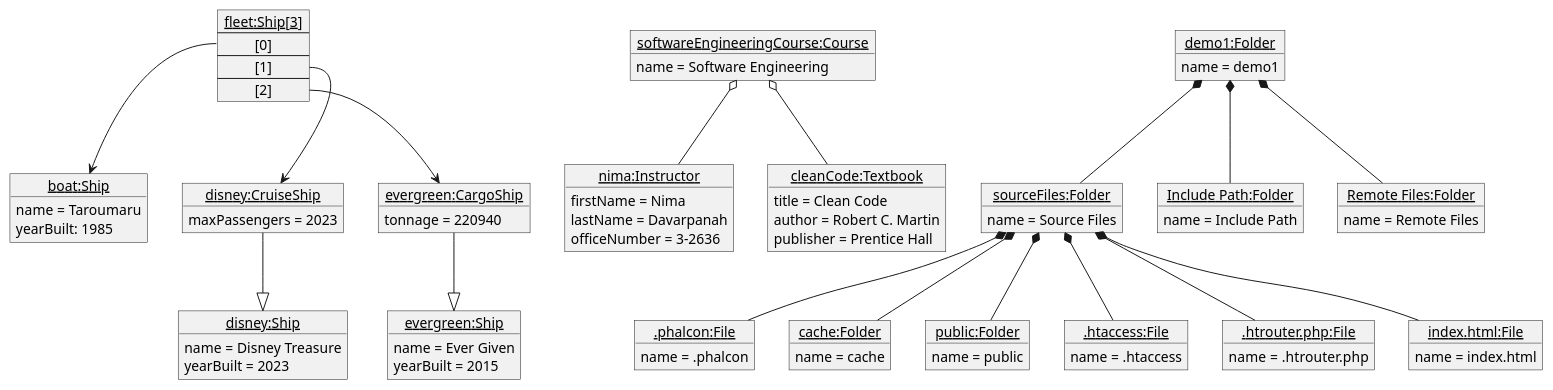
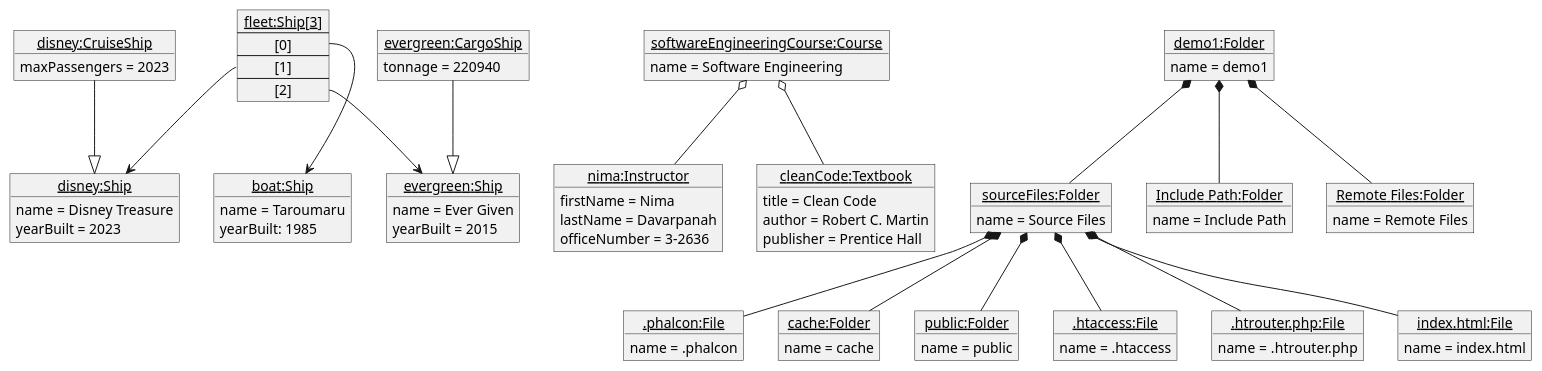
The diagram in src/Homework_3/HW3_Object_Diagrams.puml (Lex-ari/CS4800-Projects), drawn with PlantUML before and after one commit. The commit also changed 1 other file, not shown here.

```diff
--- a/src/Homework_3/HW3_Object_Diagrams.puml
+++ b/src/Homework_3/HW3_Object_Diagrams.puml
@@ -1,96 +1,96 @@
 @startuml
 'https://plantuml.com/object-diagram
 
 object "<u>boat:Ship</u>" as taroumaru{
 name = Taroumaru
 yearBuilt: 1985
 }
 
 object "<u>disney:CruiseShip</u>" as disney{
 maxPassengers = 2023
 }
 
 object "<u>disney:Ship</u>" as disneyShip{
 name = Disney Treasure
 yearBuilt = 2023
 }
 
 object "<u>evergreen:CargoShip</u>" as evergreen{
 tonnage = 220940
 }
 
 object "<u>evergreen:Ship</u>" as evergreenShip{
 name = Ever Given
 yearBuilt = 2015
 }
 
 
 map "<u>fleet:Ship[3]</u>" as fleet{
 [0] *--> taroumaru
-[1] *--> disney
-[2] *--> evergreen
+[1] *--> disneyShip
+[2] *--> evergreenShip
 }
 disney --|> disneyShip
 evergreen --|> evergreenShip
 
 object "<u>softwareEngineeringCourse:Course</u>" as softwareEngineeringCourse{
 name = Software Engineering
 }
 
 object "<u>nima:Instructor</u>" as nima{
 firstName = Nima
 lastName = Davarpanah
 officeNumber = 3-2636
 }
 
 object "<u>cleanCode:Textbook</u>" as cleanCode{
 title = Clean Code
 author = Robert C. Martin
 publisher = Prentice Hall
 }
 
 softwareEngineeringCourse o-- nima
 softwareEngineeringCourse o-- cleanCode
 
 object "<u>demo1:Folder</u>" as demo1{
 name = demo1
 }
 object "<u>sourceFiles:Folder</u>" as sourceFiles{
 name = Source Files
 }
 object "<u>.phalcon:File</u>" as .phalcon{
 name = .phalcon
 }
 object "<u>cache:Folder</u>" as cache{
 name = cache
 }
 object "<u>public:Folder</u>" as public{
 name = public
 }
 object "<u>.htaccess:File</u>" as .htaccess{
 name = .htaccess
 }
 object "<u>.htrouter.php:File</u>" as htrouterphp{
 name = .htrouter.php
 }
 object "<u>index.html:File</u>" as indexhtml{
 name = index.html
 }
 object "<u>Include Path:Folder</u>" as includePath{
 name = Include Path
 }
 object "<u>Remote Files:Folder</u>" as remoteFiles{
 name = Remote Files
 }
 demo1 *-- sourceFiles
 sourceFiles *-- .phalcon
 sourceFiles *-- cache
 sourceFiles *-- public
 sourceFiles *-- .htaccess
 sourceFiles *-- htrouterphp
 sourceFiles *-- indexhtml
 demo1 *-- includePath
 demo1 *-- remoteFiles
 
 
 @enduml
```
